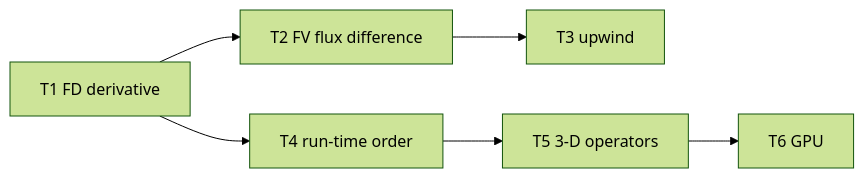
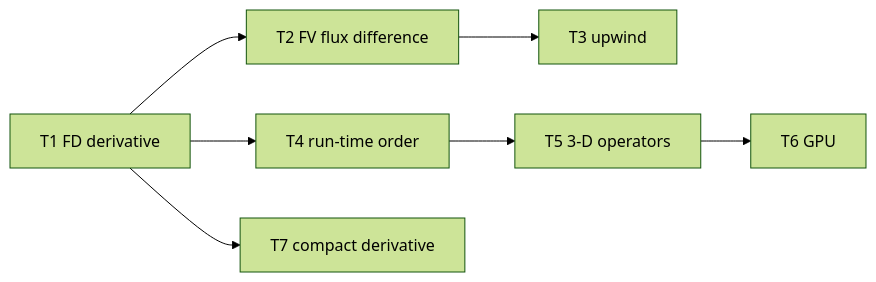
Before and after one commit to szaghi/GIDEON: the diagram in docs/tutorials/index.md, drawn with Mermaid (forest theme). The commit also changed other lines of this file and 79 other files, not shown here.

First line of the commit message:
docs: roadmap #2 documented, the compact operators, the split, the solvers

````diff
--- a/docs/tutorials/index.md
+++ b/docs/tutorials/index.md
@@ -16,5 +17,6 @@
 ```mermaid
 flowchart LR
   T1[T1 FD derivative] --> T2[T2 FV flux difference] --> T3[T3 upwind]
   T1 --> T4[T4 run-time order] --> T5[T5 3-D operators] --> T6[T6 GPU]
+  T1 --> T7[T7 compact derivative]
 ```
````
